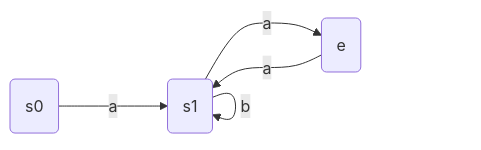
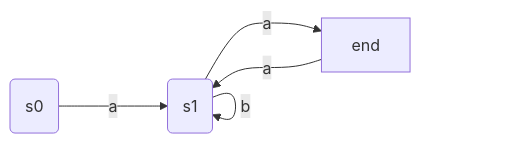
The second of 2 diagrams in glosur.md (ofurtumi/fmal-final), drawn with Mermaid before and after one commit. The commit also changed other lines of this file, not shown here.

````diff
--- a/glosur.md
+++ b/glosur.md
@@ -94,7 +112,7 @@
 ```mermaid
 flowchart LR;
 s0(s0)  ---> |a| s1(s1) 
 s1  ---> |b| s1 
-s1  ---> |a| e(e) 
+s1  ---> |a| e[end] 
 e   ---> |a| s1 
 ```
````
